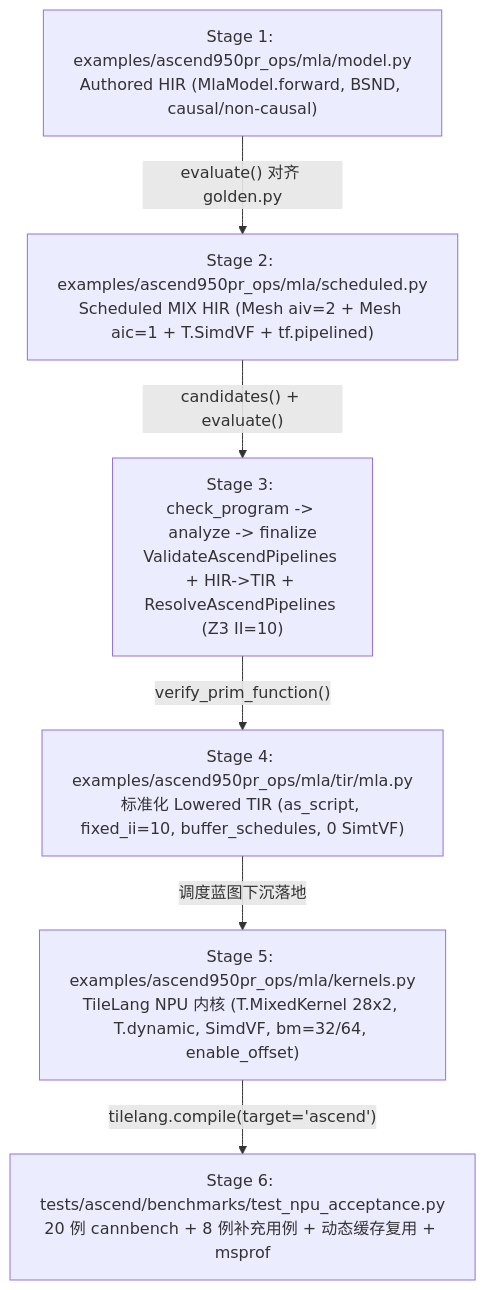
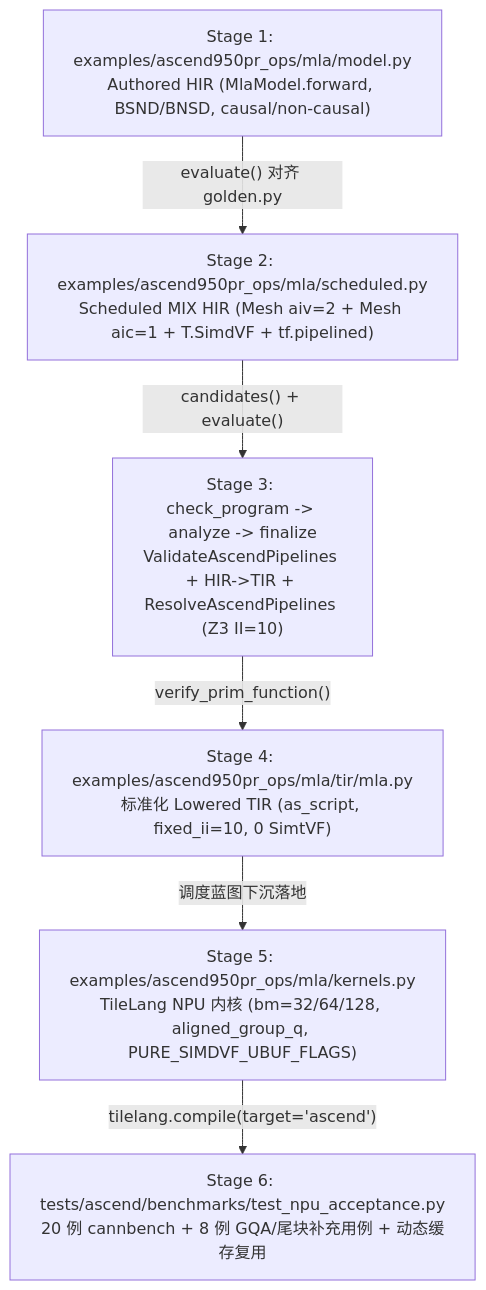
Before and after one commit to jingchangshi/TileFoundry: the second of 2 diagrams in docs/reports/ascend950pr_architecture_and_e2e.md, drawn with Mermaid. The commit also changed other lines of this file and 2 other files, not shown here.

Commit message:
docs(ascend): refresh Ascend 950PR architecture, Reshard, and writeback docs

````diff
--- a/docs/reports/ascend950pr_architecture_and_e2e.md
+++ b/docs/reports/ascend950pr_architecture_and_e2e.md
@@ -95,15 +117,15 @@
 ```mermaid
 flowchart TD
-    S1["Stage 1: examples/ascend950pr_ops/mla/model.py\nAuthored HIR (MlaModel.forward, BSND, causal/non-causal)"]
+    S1["Stage 1: examples/ascend950pr_ops/mla/model.py\nAuthored HIR (MlaModel.forward, BSND/BNSD, causal/non-causal)"]
     S2["Stage 2: examples/ascend950pr_ops/mla/scheduled.py\nScheduled MIX HIR (Mesh aiv=2 + Mesh aic=1 + T.SimdVF + tf.pipelined)"]
     S3["Stage 3: check_program -> analyze -> finalize\nValidateAscendPipelines + HIR->TIR + ResolveAscendPipelines (Z3 II=10)"]
-    S4["Stage 4: examples/ascend950pr_ops/mla/tir/mla.py\n标准化 Lowered TIR (as_script, fixed_ii=10, buffer_schedules, 0 SimtVF)"]
-    S5["Stage 5: examples/ascend950pr_ops/mla/kernels.py\nTileLang NPU 内核 (T.MixedKernel 28x2, T.dynamic, SimdVF, bm=32/64, enable_offset)"]
-    S6["Stage 6: tests/ascend/benchmarks/test_npu_acceptance.py\n20 例 cannbench + 8 例补充用例 + 动态缓存复用 + msprof"]
+    S4["Stage 4: examples/ascend950pr_ops/mla/tir/mla.py\n标准化 Lowered TIR (as_script, fixed_ii=10, 0 SimtVF)"]
+    S5["Stage 5: examples/ascend950pr_ops/mla/kernels.py\nTileLang NPU 内核 (bm=32/64/128, aligned_group_q, PURE_SIMDVF_UBUF_FLAGS)"]
+    S6["Stage 6: tests/ascend/benchmarks/test_npu_acceptance.py\n20 例 cannbench + 8 例 GQA/尾块补充用例 + 动态缓存复用"]
 
     S1 -->|"evaluate() 对齐 golden.py"| S2
     S2 -->|"candidates() + evaluate()"| S3
     S3 -->|"verify_prim_function()"| S4
     S4 -->|"调度蓝图下沉落地"| S5
     S5 -->|"tilelang.compile(target='ascend')"| S6
 ```
````
